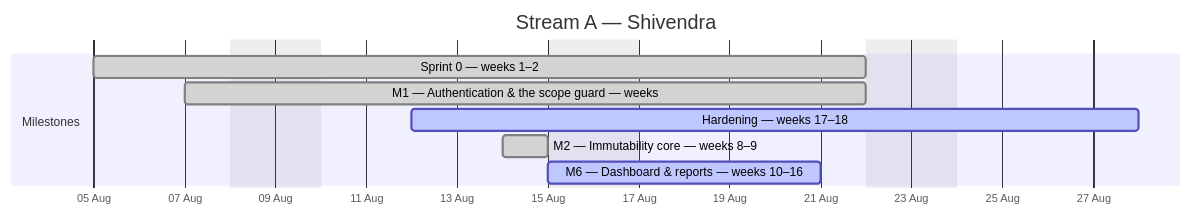
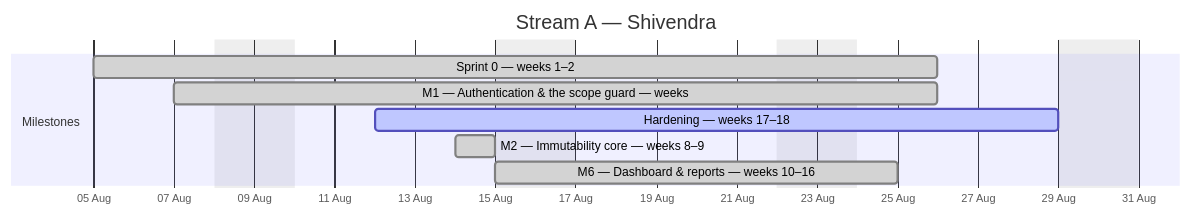
Before and after one commit to debashisedunext/EduTrack: the first of 4 diagrams in docs/plan/GANTT.md, drawn with Mermaid. The commit also changed other lines of this file and 2 other files, not shown here.

````diff
--- a/docs/plan/GANTT.md
+++ b/docs/plan/GANTT.md
@@ -84,13 +74,13 @@
 ```mermaid
 gantt
     dateFormat YYYY-MM-DD
     axisFormat %d %b
     title Stream A — Shivendra
     excludes weekends
     section Milestones
-    Sprint 0 — weeks 1–2 :done, a0, 2026-08-05, 13d
-    M1 — Authentication & the scope guard — weeks :done, a1, 2026-08-07, 11d
-    Hardening — weeks 17–18 :active, a2, 2026-08-12, 12d
+    Sprint 0 — weeks 1–2 :done, a0, 2026-08-05, 15d
+    M1 — Authentication & the scope guard — weeks :done, a1, 2026-08-07, 13d
+    Hardening — weeks 17–18 :active, a2, 2026-08-12, 13d
     M2 — Immutability core — weeks 8–9 :done, a3, 2026-08-14, 1d
-    M6 — Dashboard & reports — weeks 10–16 :active, a4, 2026-08-15, 5d
+    M6 — Dashboard & reports — weeks 10–16 :done, a4, 2026-08-15, 7d
 ```
````
